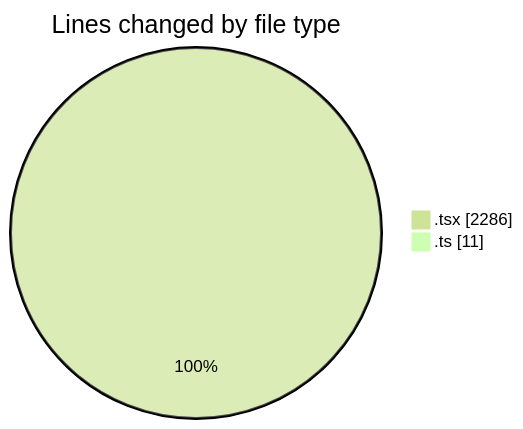
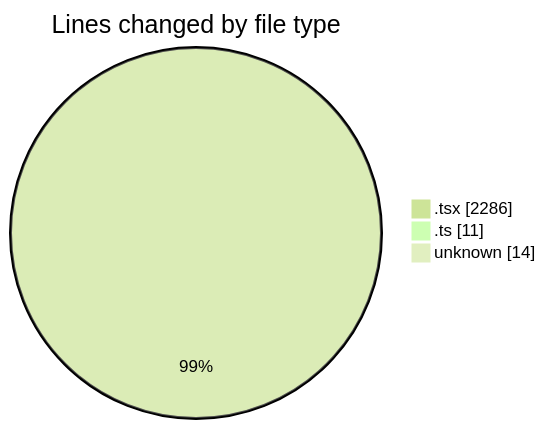
The first of 2 diagrams in 2025-06-20/modeljsondesigner/README.md (JenPaints/code-tracking), drawn with Mermaid (forest theme) before and after one commit. The commit also changed other lines of this file and 1 other file, not shown here.

````diff
--- a/2025-06-20/modeljsondesigner/README.md
+++ b/2025-06-20/modeljsondesigner/README.md
@@ -24,6 +25,7 @@
 ```mermaid
 pie showData
 title Lines changed by file type
 ".tsx" : 2286
 ".ts" : 11
+"unknown" : 14
 ```
````
